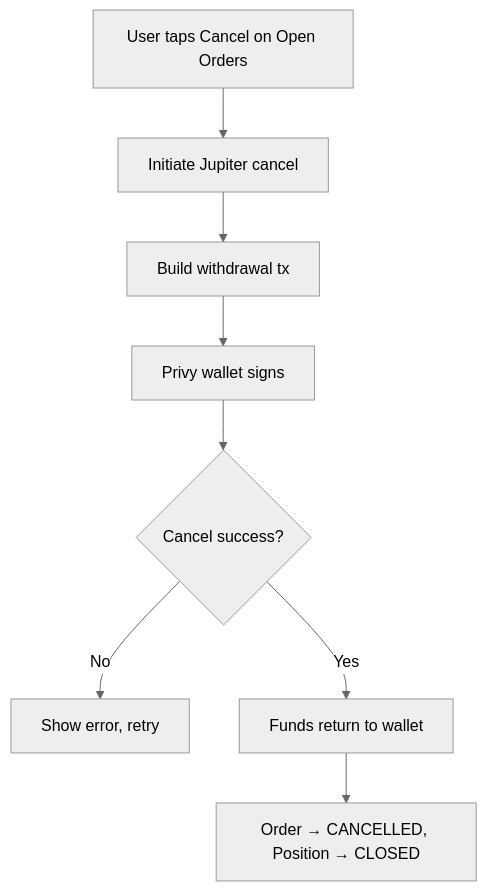
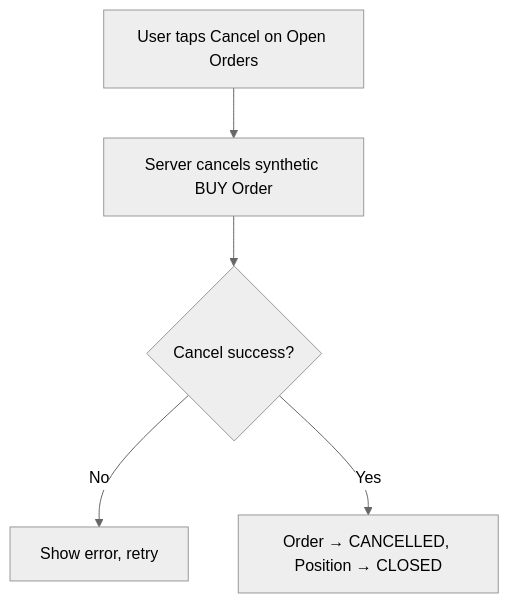
The sixth of 7 diagrams in docs/screens-and-flows.md (Omnis-Labs/tickr-ai), drawn with Mermaid (neutral theme) before and after one commit. The commit also changed other lines of this file and 18 other files, not shown here.

````diff
--- a/docs/screens-and-flows.md
+++ b/docs/screens-and-flows.md
@@ -428,10 +429,7 @@
 ```mermaid
 flowchart TD
-    A[User taps Cancel on Open Orders] --> B[Initiate Jupiter cancel]
-    B --> C[Build withdrawal tx]
-    C --> D[Privy wallet signs]
-    D --> E{Cancel success?}
-    E -- No --> E1[Show error, retry]
-    E -- Yes --> F[Funds return to wallet]
-    F --> G[Order → CANCELLED, Position → CLOSED]
+    A[User taps Cancel on Open Orders] --> B[Server cancels synthetic BUY Order]
+    B --> C{Cancel success?}
+    C -- No --> C1[Show error, retry]
+    C -- Yes --> D[Order → CANCELLED, Position → CLOSED]
 ```
````
